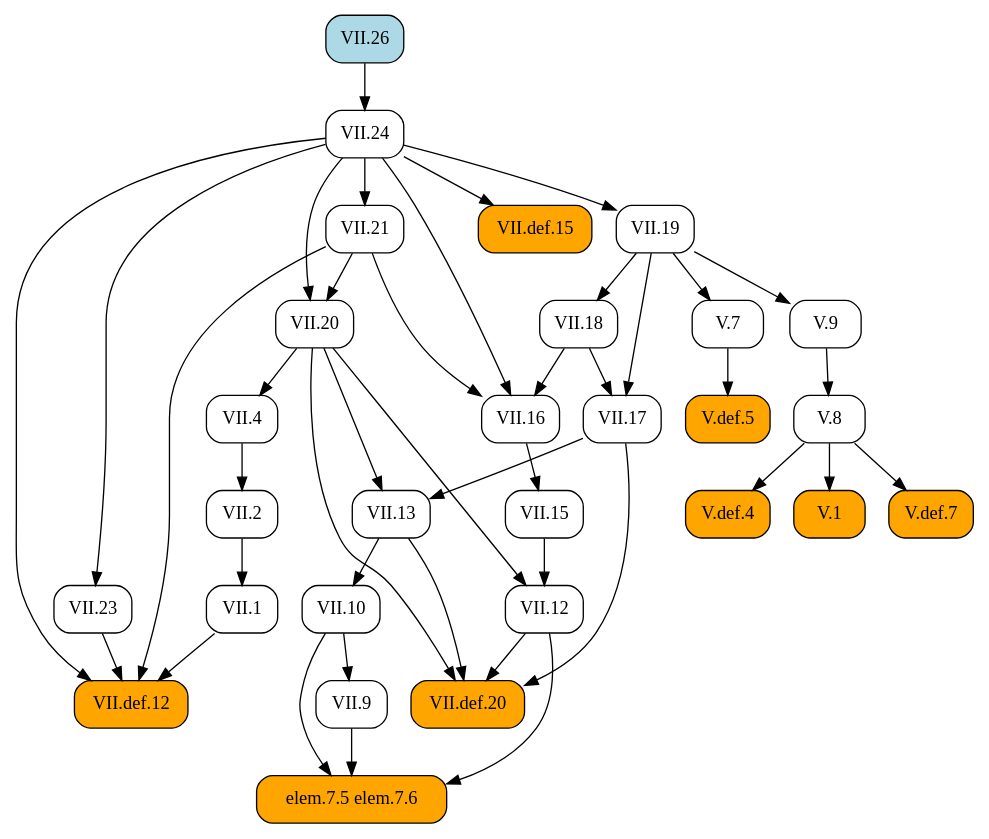
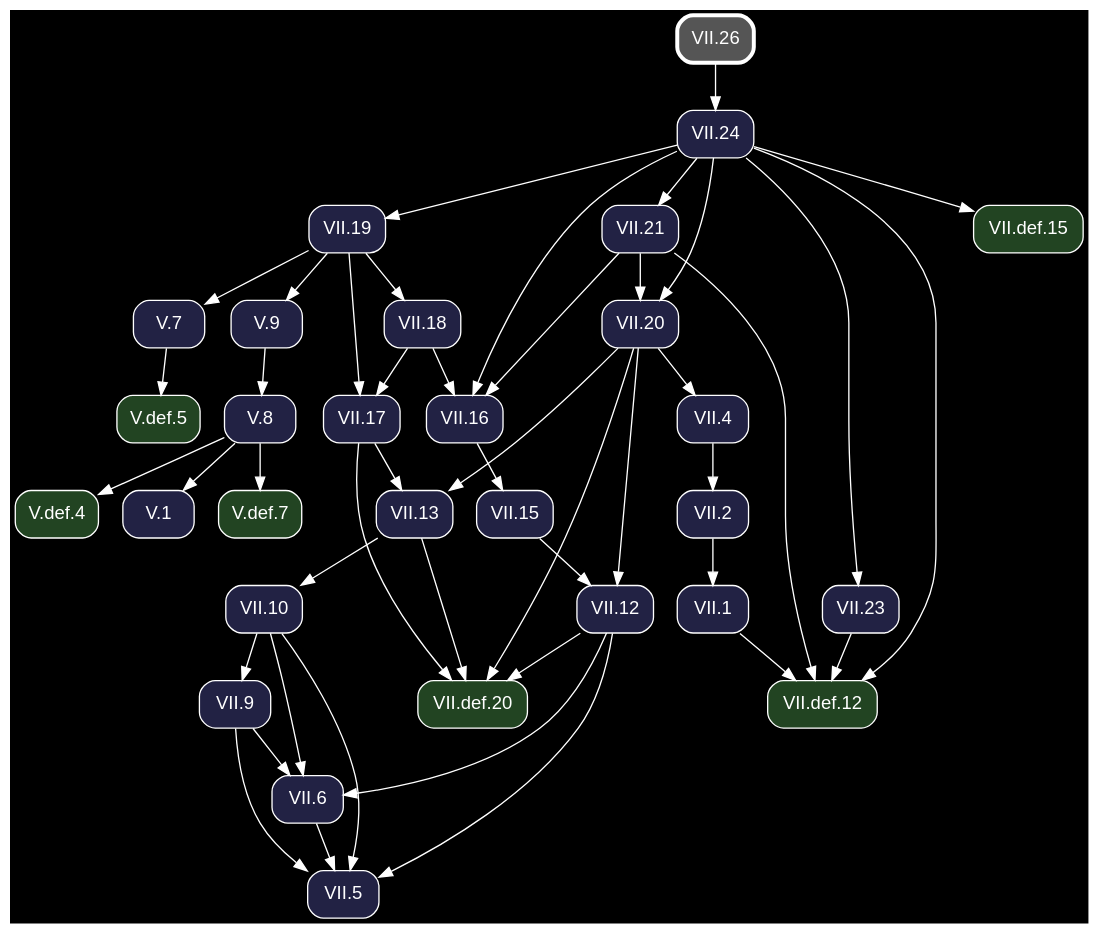
One commit to geometor/elements changed the diagram in docsrc/heath/VII/26/index.rst. Above: the diagram before and after it, drawn with Graphviz. The commit also changed other lines of this file and 1200 other files, not shown here.

Commit message:
update dependency graphs

```diff
--- a/docsrc/heath/VII/26/index.rst
+++ b/docsrc/heath/VII/26/index.rst
@@ -38,75 +38,82 @@
 .. graphviz::
 
    digraph {
+     bgcolor="black";
+     node [shape=box, style="rounded,filled", fontname="Helvetica", color="white", fontcolor="white"];
+     edge [color="white", fontcolor="white"];
      rankdir="TB";
-     node [shape=box, style=rounded];
-     "VII.12" [URL="/heath/VII/12/", target="_top"];
-     "elem.7.5 elem.7.6" [style="rounded,filled", fillcolor=orange];
-     "V.def.7" [style="rounded,filled", fillcolor=orange, URL="/heath/V/def.7/", target="_top"];
-     "VII.9" [URL="/heath/VII/9/", target="_top"];
-     "VII.18" [URL="/heath/VII/18/", target="_top"];
-     "VII.16" [URL="/heath/VII/16/", target="_top"];
-     "V.7" [URL="/heath/V/7/", target="_top"];
-     "VII.26" [style="rounded,filled", fillcolor=lightblue, URL="/heath/VII/26/", target="_top"];
-     "VII.21" [URL="/heath/VII/21/", target="_top"];
-     "V.def.5" [style="rounded,filled", fillcolor=orange, URL="/heath/V/def.5/", target="_top"];
-     "V.def.4" [style="rounded,filled", fillcolor=orange, URL="/heath/V/def.4/", target="_top"];
-     "V.9" [URL="/heath/V/9/", target="_top"];
-     "VII.1" [URL="/heath/VII/1/", target="_top"];
-     "VII.10" [URL="/heath/VII/10/", target="_top"];
-     "V.8" [URL="/heath/V/8/", target="_top"];
-     "VII.13" [URL="/heath/VII/13/", target="_top"];
-     "VII.23" [URL="/heath/VII/23/", target="_top"];
-     "VII.4" [URL="/heath/VII/4/", target="_top"];
-     "VII.def.12" [style="rounded,filled", fillcolor=orange, URL="/heath/VII/def.12/", target="_top"];
-     "VII.20" [URL="/heath/VII/20/", target="_top"];
-     "V.1" [style="rounded,filled", fillcolor=orange, URL="/heath/V/1/", target="_top"];
-     "VII.def.15" [style="rounded,filled", fillcolor=orange, URL="/heath/VII/def.15/", target="_top"];
-     "VII.24" [URL="/heath/VII/24/", target="_top"];
-     "VII.17" [URL="/heath/VII/17/", target="_top"];
-     "VII.19" [URL="/heath/VII/19/", target="_top"];
-     "VII.2" [URL="/heath/VII/2/", target="_top"];
-     "VII.def.20" [style="rounded,filled", fillcolor=orange, URL="/heath/VII/def.20/", target="_top"];
-     "VII.15" [URL="/heath/VII/15/", target="_top"];
-     "VII.15" -> "VII.12";
-     "VII.20" -> "VII.12";
-     "VII.9" -> "elem.7.5 elem.7.6";
-     "VII.10" -> "elem.7.5 elem.7.6";
-     "VII.12" -> "elem.7.5 elem.7.6";
+     "V.def.5" [fillcolor="#224422", URL="/heath/V/def.5/", target="_top"];
+     "V.def.7" [fillcolor="#224422", URL="/heath/V/def.7/", target="_top"];
+     "VII.20" [fillcolor="#222244", URL="/heath/VII/20/", target="_top"];
+     "VII.18" [fillcolor="#222244", URL="/heath/VII/18/", target="_top"];
+     "VII.2" [fillcolor="#222244", URL="/heath/VII/2/", target="_top"];
+     "V.def.4" [fillcolor="#224422", URL="/heath/V/def.4/", target="_top"];
+     "VII.5" [fillcolor="#222244", URL="/heath/VII/5/", target="_top"];
+     "VII.def.20" [fillcolor="#224422", URL="/heath/VII/def.20/", target="_top"];
+     "VII.def.15" [fillcolor="#224422", URL="/heath/VII/def.15/", target="_top"];
+     "VII.26" [penwidth=3, color="white", fillcolor="#555555", URL="/heath/VII/26/", target="_top"];
+     "VII.1" [fillcolor="#222244", URL="/heath/VII/1/", target="_top"];
+     "VII.6" [fillcolor="#222244", URL="/heath/VII/6/", target="_top"];
+     "VII.16" [fillcolor="#222244", URL="/heath/VII/16/", target="_top"];
+     "VII.15" [fillcolor="#222244", URL="/heath/VII/15/", target="_top"];
+     "VII.13" [fillcolor="#222244", URL="/heath/VII/13/", target="_top"];
+     "V.1" [fillcolor="#222244", URL="/heath/V/1/", target="_top"];
+     "VII.10" [fillcolor="#222244", URL="/heath/VII/10/", target="_top"];
+     "VII.4" [fillcolor="#222244", URL="/heath/VII/4/", target="_top"];
+     "VII.23" [fillcolor="#222244", URL="/heath/VII/23/", target="_top"];
+     "VII.def.12" [fillcolor="#224422", URL="/heath/VII/def.12/", target="_top"];
+     "VII.19" [fillcolor="#222244", URL="/heath/VII/19/", target="_top"];
+     "V.8" [fillcolor="#222244", URL="/heath/V/8/", target="_top"];
+     "VII.21" [fillcolor="#222244", URL="/heath/VII/21/", target="_top"];
+     "VII.9" [fillcolor="#222244", URL="/heath/VII/9/", target="_top"];
+     "V.7" [fillcolor="#222244", URL="/heath/V/7/", target="_top"];
+     "VII.12" [fillcolor="#222244", URL="/heath/VII/12/", target="_top"];
+     "V.9" [fillcolor="#222244", URL="/heath/V/9/", target="_top"];
+     "VII.17" [fillcolor="#222244", URL="/heath/VII/17/", target="_top"];
+     "VII.24" [fillcolor="#222244", URL="/heath/VII/24/", target="_top"];
+     "V.7" -> "V.def.5";
      "V.8" -> "V.def.7";
-     "VII.10" -> "VII.9";
+     "VII.21" -> "VII.20";
+     "VII.24" -> "VII.20";
      "VII.19" -> "VII.18";
+     "VII.4" -> "VII.2";
+     "V.8" -> "V.def.4";
+     "VII.6" -> "VII.5";
+     "VII.9" -> "VII.5";
+     "VII.10" -> "VII.5";
+     "VII.12" -> "VII.5";
+     "VII.12" -> "VII.def.20";
+     "VII.13" -> "VII.def.20";
+     "VII.17" -> "VII.def.20";
+     "VII.20" -> "VII.def.20";
+     "VII.24" -> "VII.def.15";
+     "VII.2" -> "VII.1";
+     "VII.9" -> "VII.6";
+     "VII.10" -> "VII.6";
+     "VII.12" -> "VII.6";
      "VII.18" -> "VII.16";
      "VII.21" -> "VII.16";
      "VII.24" -> "VII.16";
-     "VII.19" -> "V.7";
-     "VII.24" -> "VII.21";
-     "V.7" -> "V.def.5";
-     "V.8" -> "V.def.4";
-     "VII.19" -> "V.9";
-     "VII.2" -> "VII.1";
-     "VII.13" -> "VII.10";
-     "V.9" -> "V.8";
+     "VII.16" -> "VII.15";
      "VII.17" -> "VII.13";
      "VII.20" -> "VII.13";
+     "V.8" -> "V.1";
+     "VII.13" -> "VII.10";
+     "VII.20" -> "VII.4";
      "VII.24" -> "VII.23";
-     "VII.20" -> "VII.4";
      "VII.1" -> "VII.def.12";
      "VII.21" -> "VII.def.12";
      "VII.23" -> "VII.def.12";
      "VII.24" -> "VII.def.12";
-     "VII.21" -> "VII.20";
-     "VII.24" -> "VII.20";
-     "V.8" -> "V.1";
-     "VII.24" -> "VII.def.15";
-     "VII.26" -> "VII.24";
+     "VII.24" -> "VII.19";
+     "V.9" -> "V.8";
+     "VII.24" -> "VII.21";
+     "VII.10" -> "VII.9";
+     "VII.19" -> "V.7";
+     "VII.15" -> "VII.12";
+     "VII.20" -> "VII.12";
+     "VII.19" -> "V.9";
      "VII.18" -> "VII.17";
      "VII.19" -> "VII.17";
-     "VII.24" -> "VII.19";
-     "VII.4" -> "VII.2";
-     "VII.12" -> "VII.def.20";
-     "VII.13" -> "VII.def.20";
-     "VII.17" -> "VII.def.20";
-     "VII.20" -> "VII.def.20";
-     "VII.16" -> "VII.15";
+     "VII.26" -> "VII.24";
    }
```
